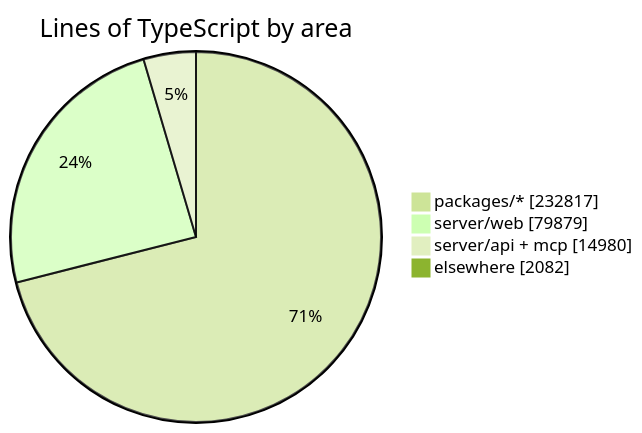
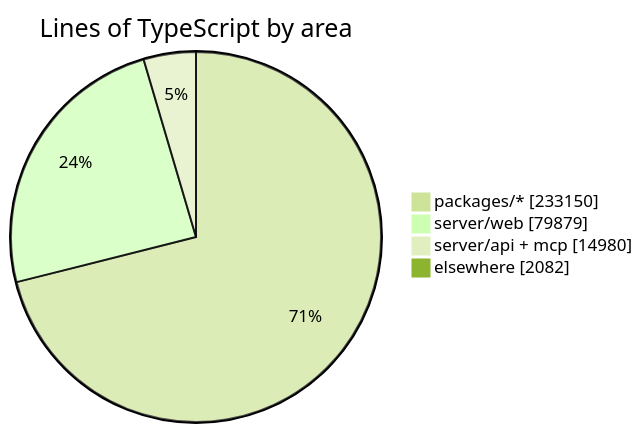
The diagram in README.md (crossworks-engineering/mantle), drawn with Mermaid (forest theme) before and after one commit. The commit also changed other lines of this file and 2 other files, not shown here.

````diff
--- a/README.md
+++ b/README.md
@@ -287,7 +287,7 @@
 ```mermaid
 pie showData title Lines of TypeScript by area
-    "packages/*" : 232817
+    "packages/*" : 233150
     "server/web" : 79879
     "server/api + mcp" : 14980
     "elsewhere" : 2082
 ```
````
